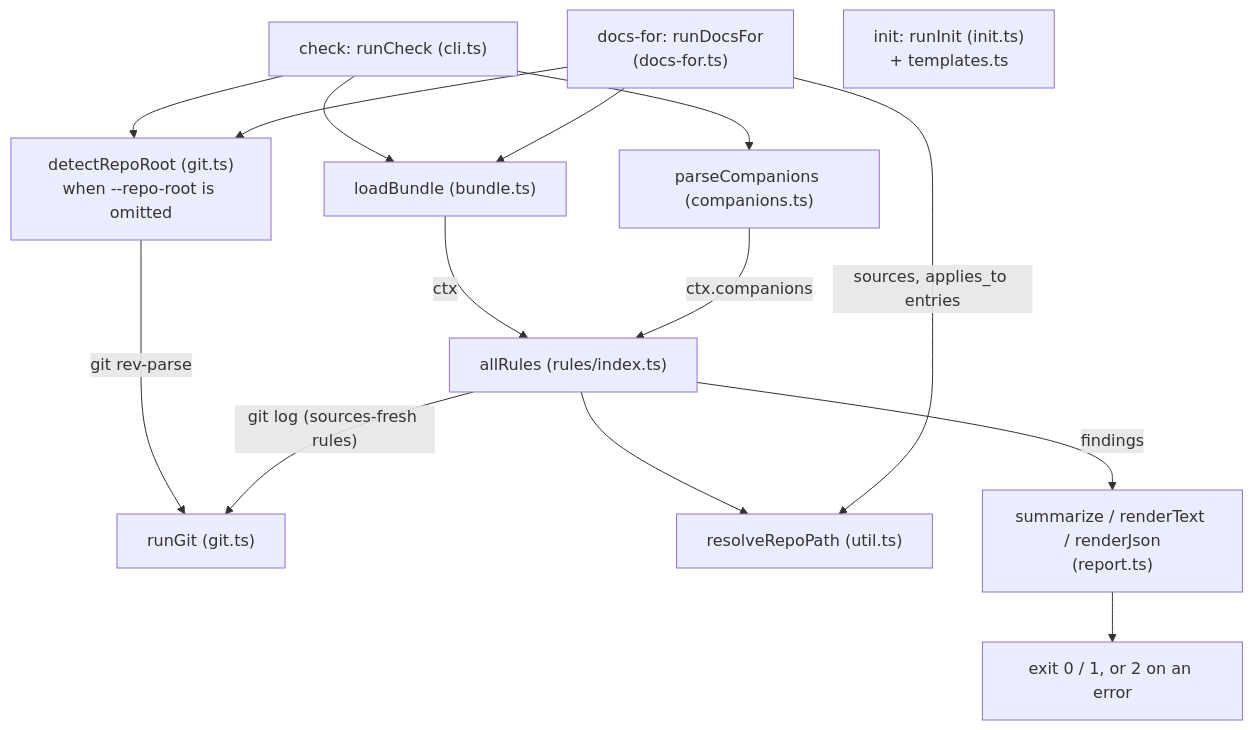
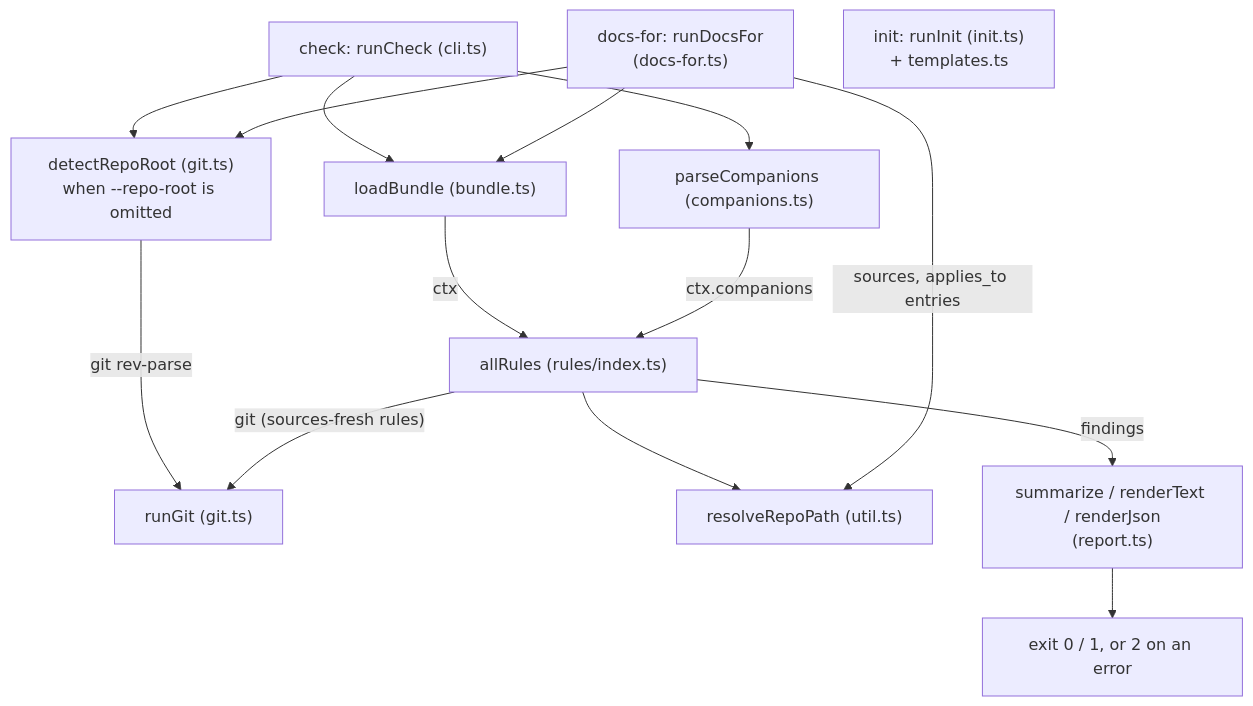
The diagram in packages/okf-kit/README.md (LanNguyenSi/agent-dx), drawn with Mermaid before and after one commit. The commit also changed other lines of this file and 2 other files, not shown here.

Commit message:
docs(okf-kit): tighten architecture, staleness and report-line wording
The README architecture diagram intro now says that check and docs-for
share repo-root detection, bundle loading and path resolution while init
stands apart, and the rules-to-runGit edge no longer implies the
sources-fresh rules only run git log. The --dirty-as-now note in the
staleness doc now says a dirty path's commit time becomes the shared
"now" and a dirty doc's re-stamp verdict compares its working-tree
timestamp with HEAD. The check catalog's closing text line uses a
separate placeholder for the total finding count.

````diff
--- a/packages/okf-kit/README.md
+++ b/packages/okf-kit/README.md
@@ -123,17 +123,17 @@
 ```mermaid
 flowchart TD
   CHECK["check: runCheck (cli.ts)"] --> DETECT["detectRepoRoot (git.ts)<br/>when --repo-root is omitted"]
   DOCSFOR["docs-for: runDocsFor<br/>(docs-for.ts)"] --> DETECT
   CHECK --> COMP["parseCompanions (companions.ts)"]
   CHECK --> LOAD["loadBundle (bundle.ts)"]
   DOCSFOR --> LOAD
   DETECT -->|"git rev-parse"| GIT["runGit (git.ts)"]
   LOAD -->|"ctx"| RULES["allRules (rules/index.ts)"]
   COMP -->|"ctx.companions"| RULES
-  RULES -->|"git log (sources-fresh rules)"| GIT
+  RULES -->|"git (sources-fresh rules)"| GIT
   RULES --> RESOLVE["resolveRepoPath (util.ts)"]
   DOCSFOR -->|"sources, applies_to entries"| RESOLVE
   RULES -->|"findings"| REPORT["summarize / renderText / renderJson<br/>(report.ts)"]
   REPORT --> EXIT["exit 0 / 1, or 2 on an error"]
   INIT["init: runInit (init.ts)<br/>+ templates.ts"]
 ```
````
